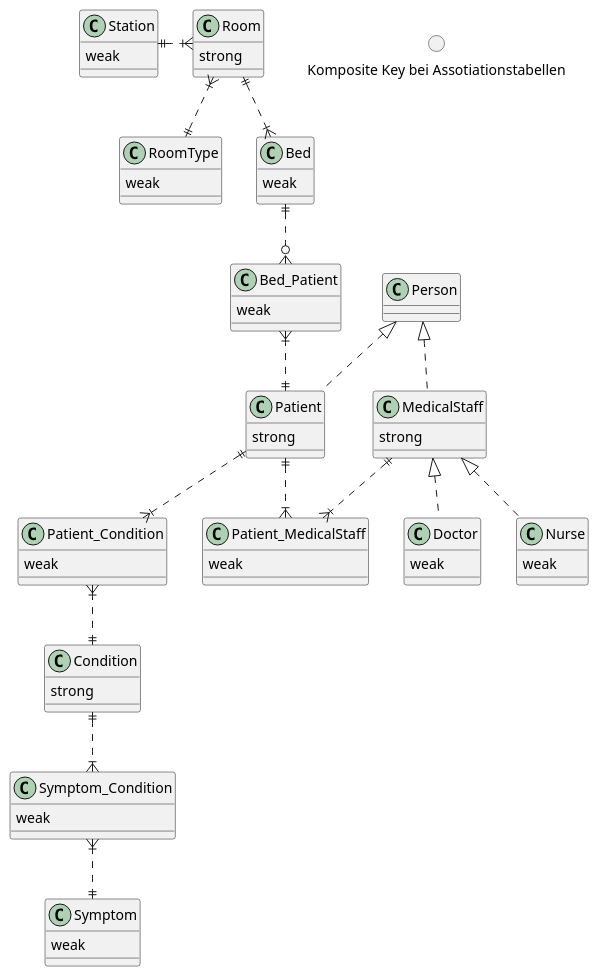
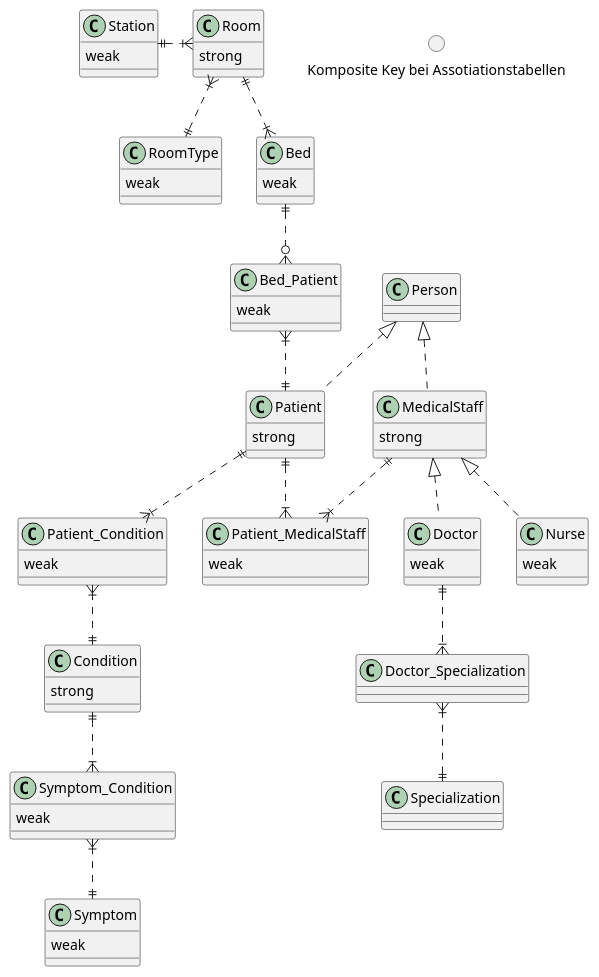
Before and after one commit to AnnaHartl/HospitalDBI: the diagram in hospital_erd.puml, drawn with PlantUML.

```diff
--- a/hospital_erd.puml
+++ b/hospital_erd.puml
@@ -1,78 +1,81 @@
 @startuml
 Room }|..|| RoomType
 Bed }|.u.|| Room
 Room }|.l.|| Station
 Bed ||..o{ Bed_Patient
 Bed_Patient }|..|| Patient
 Patient ||..|{ Patient_MedicalStaff
 MedicalStaff ||..|{ Patient_MedicalStaff
 MedicalStaff <|.. Doctor
 MedicalStaff <|.. Nurse
 Person <|.. MedicalStaff
 Person <|.. Patient
 
 Patient ||..|{ Patient_Condition
 Condition ||.u.|{ Patient_Condition
 
 Condition ||..|{ Symptom_Condition
 Symptom_Condition }|..|| Symptom
+
+Doctor ||..|{ Doctor_Specialization
+Doctor_Specialization }|..|| Specialization
 
 circle "Komposite Key bei Assotiationstabellen"
 
 class Room {
  strong
 }
 
 class Bed {
  weak
 }
 
 class Station {
  weak
 }
 
 class Bed_Patient {
  weak
 }
 
 class Patient {
  strong
 }
 
 class Patient_Condition {
  weak
 }
 
 class Condition {
  strong
 }
 
 class Doctor {
  weak
 }
 
 class Nurse {
  weak
 }
 
 class MedicalStaff {
  strong
 }
 
 class Patient_MedicalStaff {
  weak
 }
 
 class RoomType{
     weak
 }
 
 class Symptom{
     weak
 }
 
 class Symptom_Condition{
     weak
 }
 
 @enduml
```
